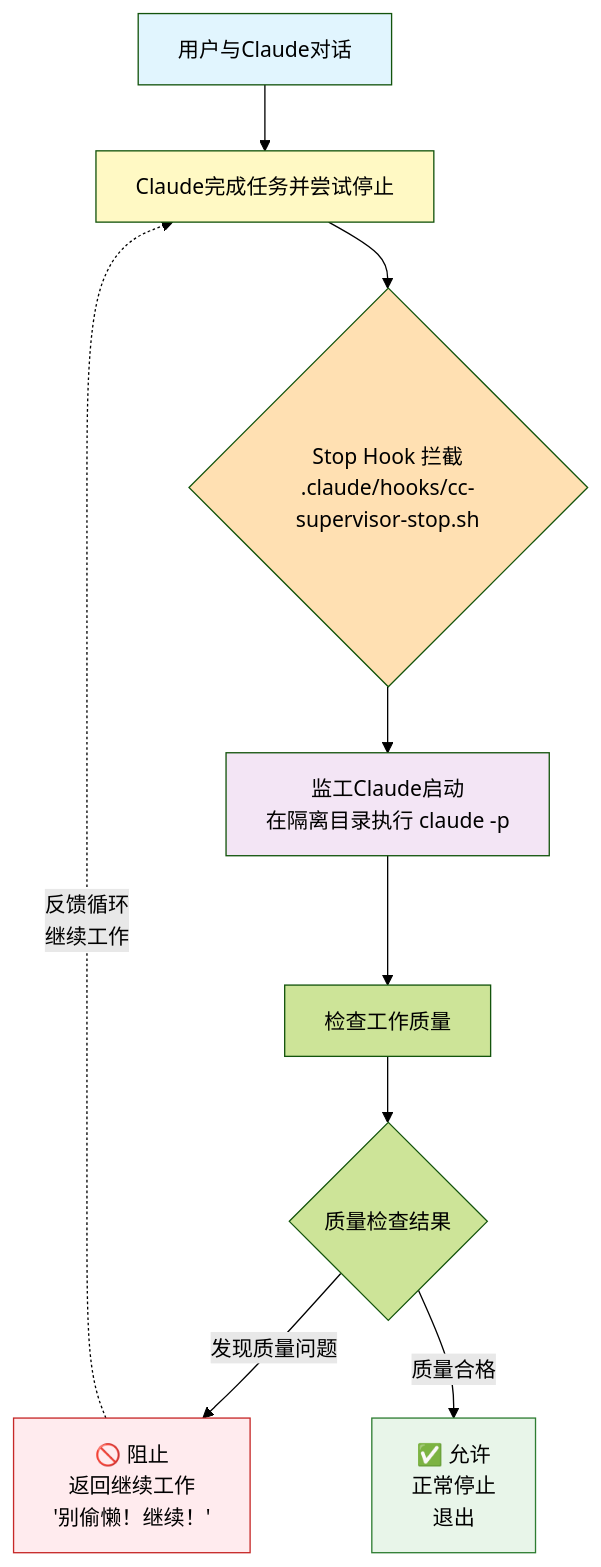
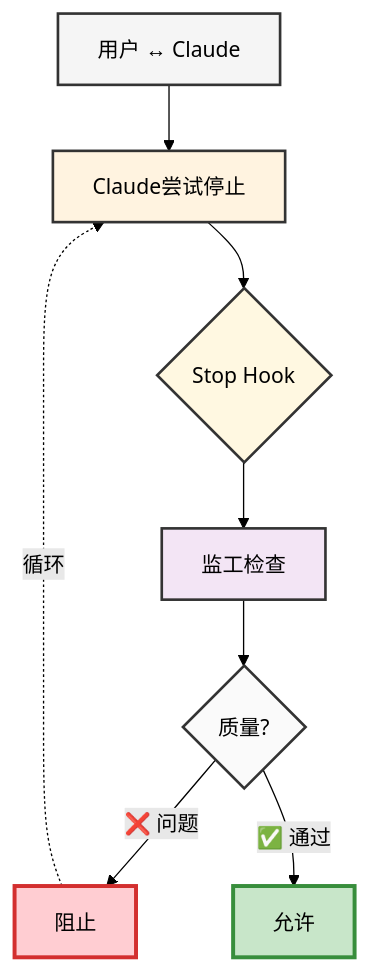
The diagram in README_CN.md (willkan/ho-cc-supervisor), drawn with Mermaid (forest theme) before and after one commit. The commit also changed 1 other file, not shown here.

Commit message:
docs: 优化Mermaid流程图可读性和大小
- 简化流程图使其更紧凑（TB布局）
- 改善颜色对比度（浅色背景+黑色文字）
- 使用统一的边框颜色增强可读性
- 简化节点文字使图表一次能看完
- 红绿色仅用于边框强调结果

🤖 Generated with [Claude Code](https://claude.ai/code)

````diff
--- a/README_CN.md
+++ b/README_CN.md
@@ -26,18 +26,18 @@
 ```mermaid
-flowchart TD
-    A[用户与Claude对话] --> B[Claude完成任务并尝试停止]
-    B --> C{Stop Hook 拦截<br/>.claude/hooks/cc-supervisor-stop.sh}
-    C --> D[监工Claude启动<br/>在隔离目录执行 claude -p]
-    D --> E[检查工作质量]
-    E --> F{质量检查结果}
-    F -->|发现质量问题| G[🚫 阻止<br/>返回继续工作<br/>'别偷懒！继续！']
-    F -->|质量合格| H[✅ 允许<br/>正常停止<br/>退出]
-    G -.->|反馈循环<br/>继续工作| B
+flowchart TB
+    A[用户 ↔ Claude] --> B[Claude尝试停止]
+    B --> C{Stop Hook}
+    C --> D[监工检查]
+    D --> E{质量?}
+    E -->|❌ 问题| F[阻止]
+    E -->|✅ 通过| G[允许]
+    F -.->|循环| B
     
-    style A fill:#e1f5fe
-    style B fill:#fff9c4
-    style C fill:#ffe0b2
-    style D fill:#f3e5f5
-    style G fill:#ffebee,stroke:#c62828
-    style H fill:#e8f5e9,stroke:#2e7d32
+    style A fill:#f5f5f5,stroke:#333,stroke-width:2px,color:#000
+    style B fill:#fff3e0,stroke:#333,stroke-width:2px,color:#000
+    style C fill:#fff8e1,stroke:#333,stroke-width:2px,color:#000
+    style D fill:#f3e5f5,stroke:#333,stroke-width:2px,color:#000
+    style E fill:#fafafa,stroke:#333,stroke-width:2px,color:#000
+    style F fill:#ffcdd2,stroke:#d32f2f,stroke-width:3px,color:#000
+    style G fill:#c8e6c9,stroke:#388e3c,stroke-width:3px,color:#000
 ```
````
